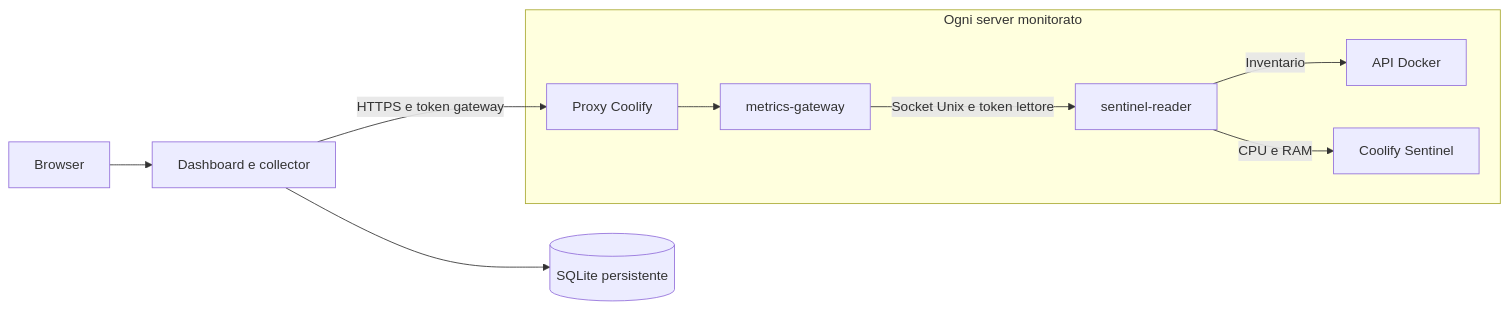
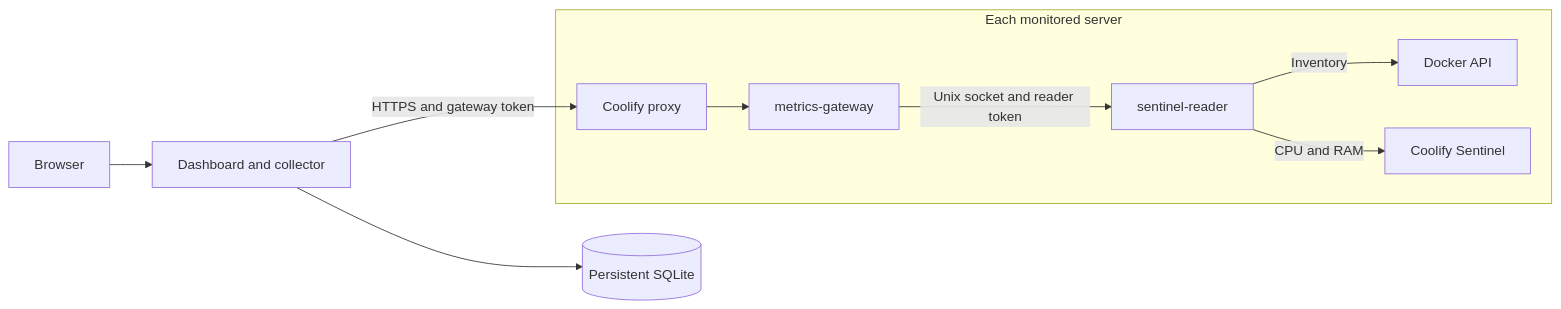
One commit to Crunchy-Bytes-Team/coolify-dashboard changed the diagram in README.md. Above: the diagram before and after it, drawn with Mermaid. The commit also changed other lines of this file and 13 other files, not shown here.

````diff
--- a/README.md
+++ b/README.md
@@ -149,12 +160,12 @@
 ```mermaid
 flowchart LR
-    Browser[Browser] --> Dashboard[Dashboard e collector]
-    Dashboard --> SQLite[(SQLite persistente)]
-    Dashboard -->|HTTPS e token gateway| Proxy[Proxy Coolify]
-    subgraph Server[Ogni server monitorato]
+    Browser[Browser] --> Dashboard[Dashboard and collector]
+    Dashboard --> SQLite[(Persistent SQLite)]
+    Dashboard -->|HTTPS and gateway token| Proxy[Coolify proxy]
+    subgraph Server[Each monitored server]
         Proxy --> Gateway[metrics-gateway]
-        Gateway -->|Socket Unix e token lettore| Reader[sentinel-reader]
-        Reader -->|Inventario| Docker[API Docker]
-        Reader -->|CPU e RAM| Sentinel[Coolify Sentinel]
+        Gateway -->|Unix socket and reader token| Reader[sentinel-reader]
+        Reader -->|Inventory| Docker[Docker API]
+        Reader -->|CPU and RAM| Sentinel[Coolify Sentinel]
     end
 ```
````
